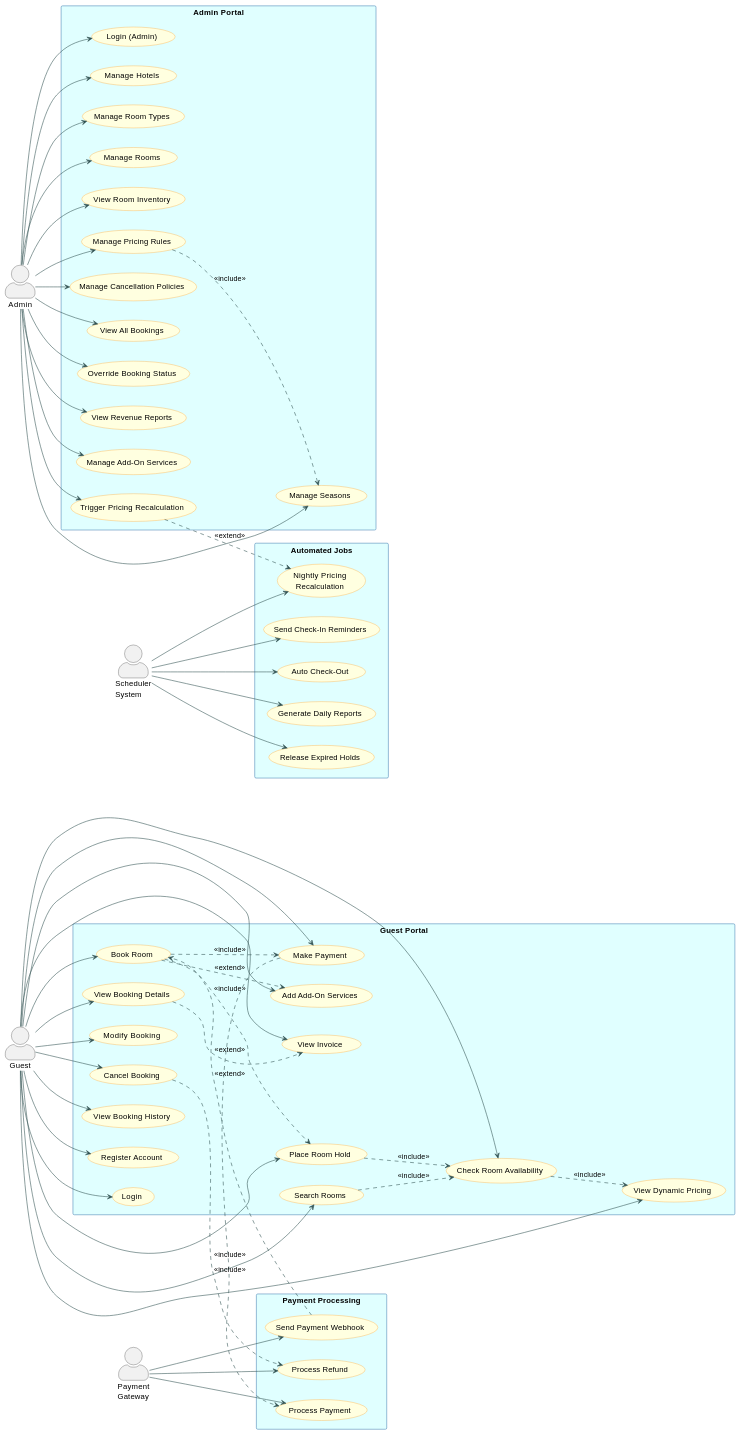
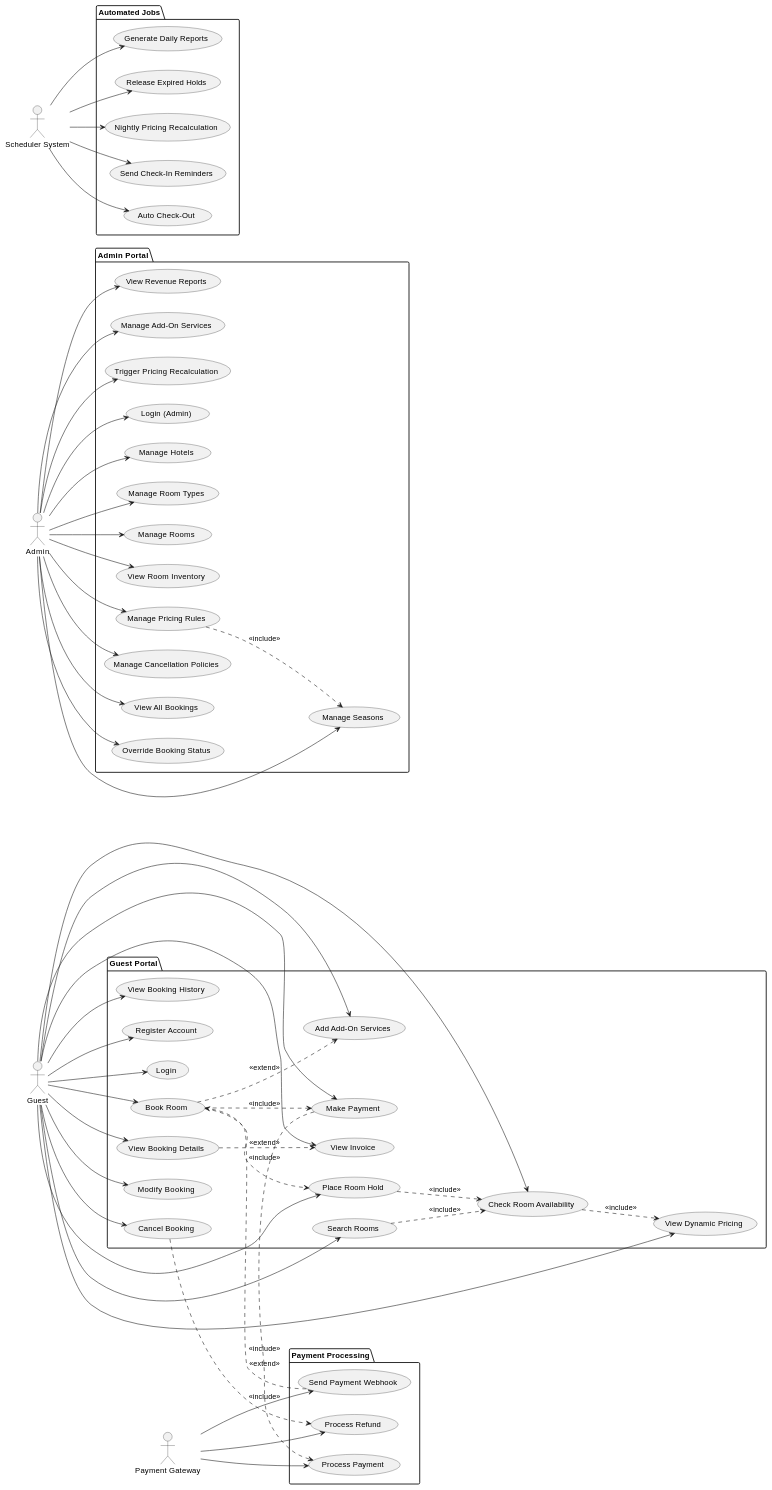
The diagram in useCaseDiagram.md (imposter29/Yoyo-Hotel-Booking), drawn with PlantUML before and after one commit. The commit also changed other lines of this file and 4 other files, not shown here.

````diff
--- a/useCaseDiagram.md
+++ b/useCaseDiagram.md
@@ -74,31 +71,13 @@
 ```plantuml
-@startuml Hotel_Room_Booking_UseCaseDiagram
-
-skinparam actorStyle awesome
-skinparam packageStyle rectangle
-skinparam usecase {
-  BackgroundColor LightYellow
-  BorderColor DarkOrange
-  ArrowColor DarkSlateGray
-  ActorBorderColor DarkSlateGray
-  ActorBackgroundColor LightBlue
-}
-skinparam packageBackgroundColor LightCyan
-skinparam packageBorderColor SteelBlue
+@startuml
 
 left to right direction
 
-' ─────────────────────────────────────────
-' ACTORS
-' ─────────────────────────────────────────
-actor "Guest" as Guest
-actor "Admin" as Admin
-actor "Payment\nGateway" as PayGW
-actor "Scheduler\nSystem" as Scheduler
+actor Guest
+actor Admin
+actor "Payment Gateway" as PayGW
+actor "Scheduler System" as Scheduler
 
-' ─────────────────────────────────────────
-' GUEST USE CASES
-' ─────────────────────────────────────────
 package "Guest Portal" {
   usecase "Register Account" as UC_G01
   usecase "Login" as UC_G02
@@ -116,9 +95,6 @@
   usecase "View Booking History" as UC_G14
 }
 
-' ─────────────────────────────────────────
-' ADMIN USE CASES
-' ─────────────────────────────────────────
 package "Admin Portal" {
   usecase "Login (Admin)" as UC_A01
   usecase "Manage Hotels" as UC_A02
@@ -135,29 +111,20 @@
   usecase "Trigger Pricing Recalculation" as UC_A13
 }
 
-' ─────────────────────────────────────────
-' PAYMENT GATEWAY USE CASES
-' ─────────────────────────────────────────
 package "Payment Processing" {
   usecase "Process Payment" as UC_P01
   usecase "Process Refund" as UC_P02
   usecase "Send Payment Webhook" as UC_P03
 }
 
-' ─────────────────────────────────────────
-' SCHEDULER USE CASES
-' ─────────────────────────────────────────
 package "Automated Jobs" {
   usecase "Release Expired Holds" as UC_S01
-  usecase "Nightly Pricing\nRecalculation" as UC_S02
+  usecase "Nightly Pricing Recalculation" as UC_S02
   usecase "Send Check-In Reminders" as UC_S03
   usecase "Auto Check-Out" as UC_S04
   usecase "Generate Daily Reports" as UC_S05
 }
 
-' ─────────────────────────────────────────
-' GUEST ASSOCIATIONS
-' ─────────────────────────────────────────
 Guest --> UC_G01
 Guest --> UC_G02
 Guest --> UC_G03
@@ -173,9 +140,6 @@
 Guest --> UC_G13
 Guest --> UC_G14
 
-' ─────────────────────────────────────────
-' ADMIN ASSOCIATIONS
-' ─────────────────────────────────────────
 Admin --> UC_A01
 Admin --> UC_A02
 Admin --> UC_A03
@@ -190,25 +154,16 @@
 Admin --> UC_A12
 Admin --> UC_A13
 
-' ─────────────────────────────────────────
-' PAYMENT GATEWAY ASSOCIATIONS
-' ─────────────────────────────────────────
 PayGW --> UC_P01
 PayGW --> UC_P02
 PayGW --> UC_P03
 
-' ─────────────────────────────────────────
-' SCHEDULER ASSOCIATIONS
-' ─────────────────────────────────────────
 Scheduler --> UC_S01
 Scheduler --> UC_S02
 Scheduler --> UC_S03
 Scheduler --> UC_S04
 Scheduler --> UC_S05
 
-' ─────────────────────────────────────────
-' INCLUDE / EXTEND RELATIONSHIPS
-' ─────────────────────────────────────────
 UC_G03 ..> UC_G04 : <<include>>
 UC_G04 ..> UC_G05 : <<include>>
 UC_G06 ..> UC_G04 : <<include>>
@@ -220,7 +175,6 @@
 UC_G10 ..> UC_G13 : <<extend>>
 UC_P03 ..> UC_G07 : <<extend>>
 UC_A06 ..> UC_A07 : <<include>>
-UC_A13 ..> UC_S02 : <<extend>>
 
 @enduml
 ```
````
